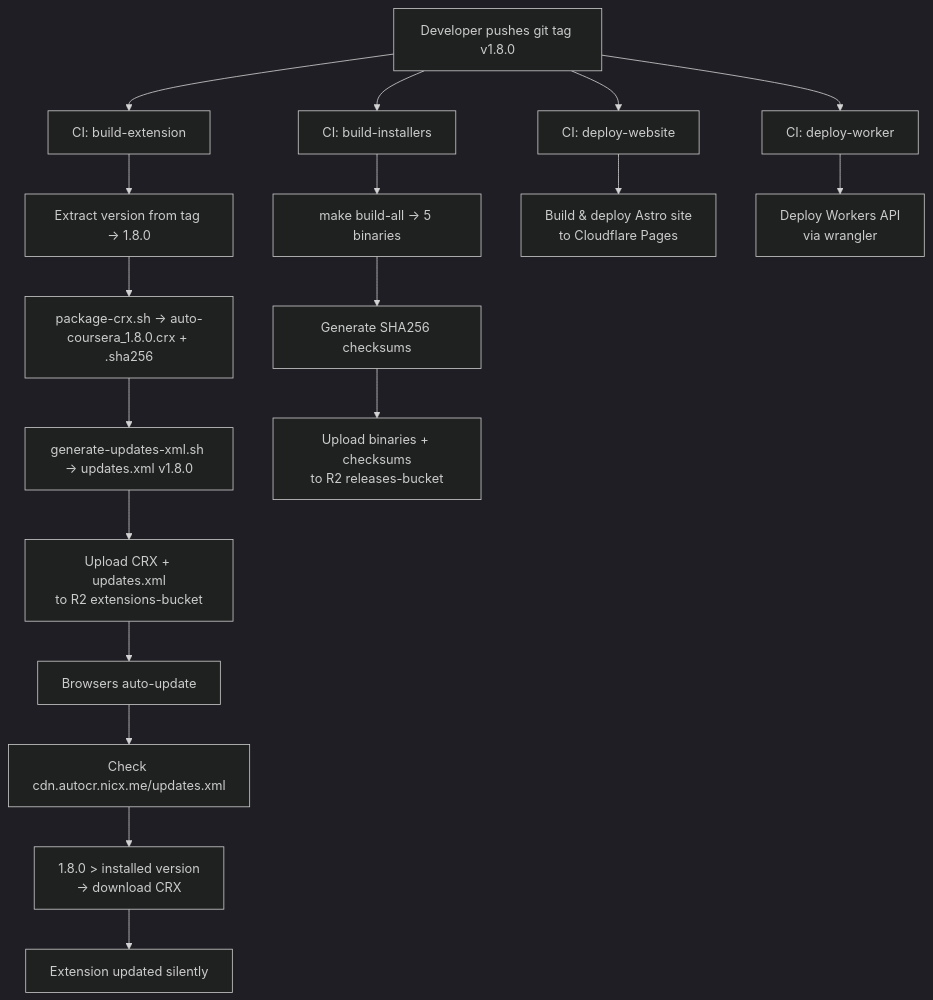
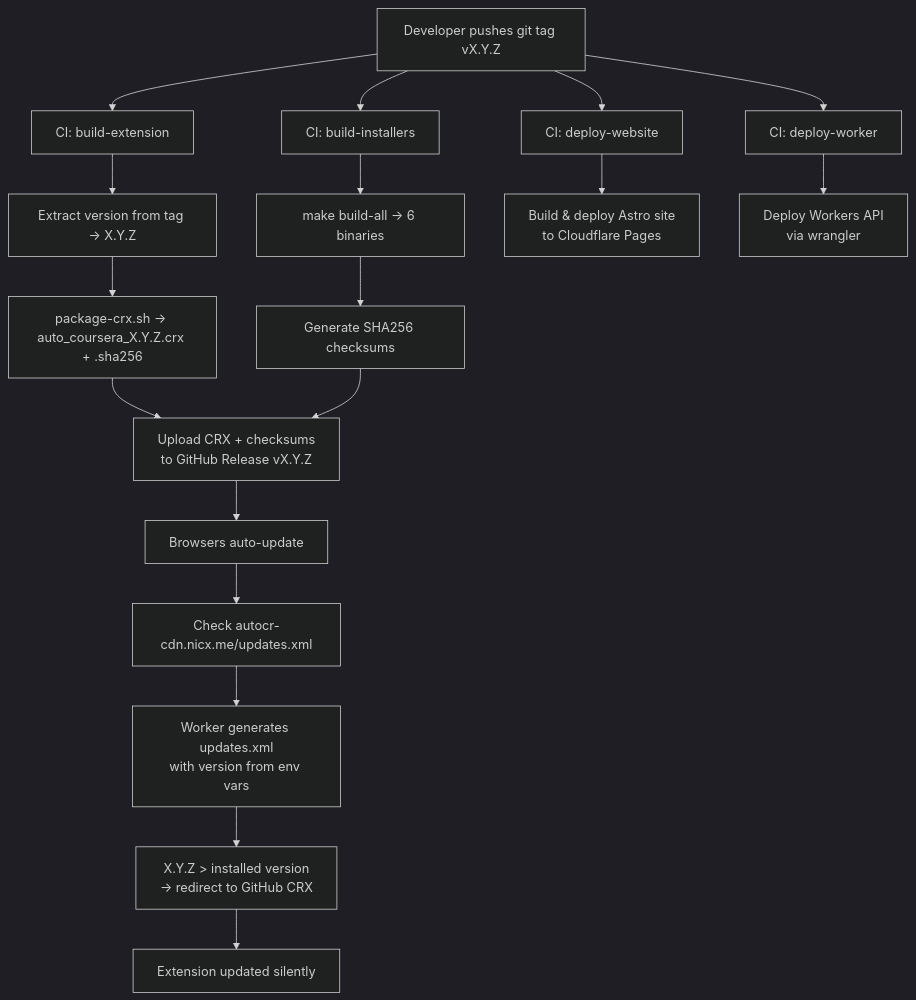
The third of 4 diagrams in docs/ARCHITECTURE.md (NICxKMS/auto-coursera), drawn with Mermaid (dark theme) before and after one commit. The commit also changed other lines of this file and 116 other files, not shown here.

````diff
--- a/docs/ARCHITECTURE.md
+++ b/docs/ARCHITECTURE.md
@@ -312,24 +331,24 @@
 ```mermaid
 flowchart TD
-    TAG["Developer pushes git tag v1.8.0"] --> BUILD["CI: build-extension"]
+    TAG["Developer pushes git tag vX.Y.Z"] --> BUILD["CI: build-extension"]
     TAG --> INST["CI: build-installers"]
     TAG --> DWEB["CI: deploy-website"]
     TAG --> DWKR["CI: deploy-worker"]
 
-    BUILD --> VER["Extract version from tag → 1.8.0"]
-    VER --> CRX["package-crx.sh → auto-coursera_1.8.0.crx + .sha256"]
-    CRX --> XML["generate-updates-xml.sh → updates.xml v1.8.0"]
-    XML --> UP1["Upload CRX + updates.xml\nto R2 extensions-bucket"]
+    BUILD --> VER["Extract version from tag → X.Y.Z"]
+    VER --> CRX["package-crx.sh → auto_coursera_X.Y.Z.crx + .sha256"]
+    CRX --> GHREL["Upload CRX + checksums\nto GitHub Release vX.Y.Z"]
 
-    INST --> MAKE["make build-all → 5 binaries"]
+    INST --> MAKE["make build-all → 6 binaries"]
     MAKE --> SHA["Generate SHA256 checksums"]
-    SHA --> UP2["Upload binaries + checksums\nto R2 releases-bucket"]
+    SHA --> GHREL
 
     DWEB --> PAGES["Build & deploy Astro site\nto Cloudflare Pages"]
     DWKR --> WORKERS["Deploy Workers API\nvia wrangler"]
 
-    UP1 --> AUTO["Browsers auto-update"]
-    AUTO --> CHECK["Check cdn.autocr.nicx.me/updates.xml"]
-    CHECK --> NEWER["1.8.0 > installed version\n→ download CRX"]
+    GHREL --> AUTO["Browsers auto-update"]
+    AUTO --> CHECK["Check autocr-cdn.nicx.me/updates.xml"]
+    CHECK --> XML["Worker generates updates.xml\nwith version from env vars"]
+    XML --> NEWER["X.Y.Z > installed version\n→ redirect to GitHub CRX"]
     NEWER --> UPDATED["Extension updated silently"]
 ```
````
